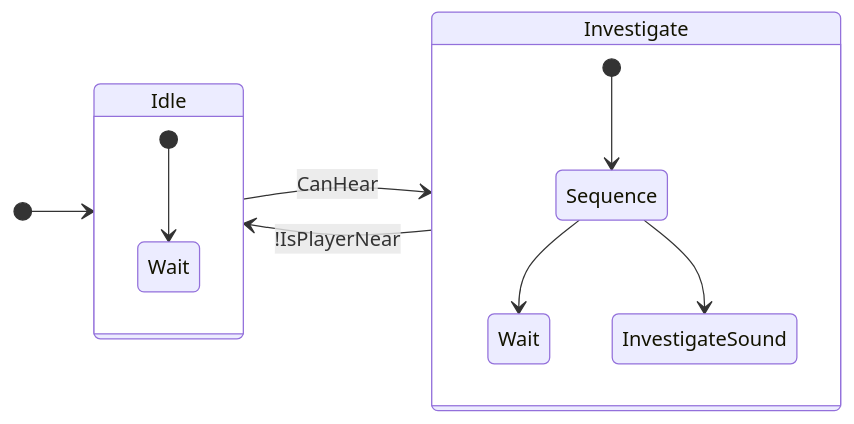
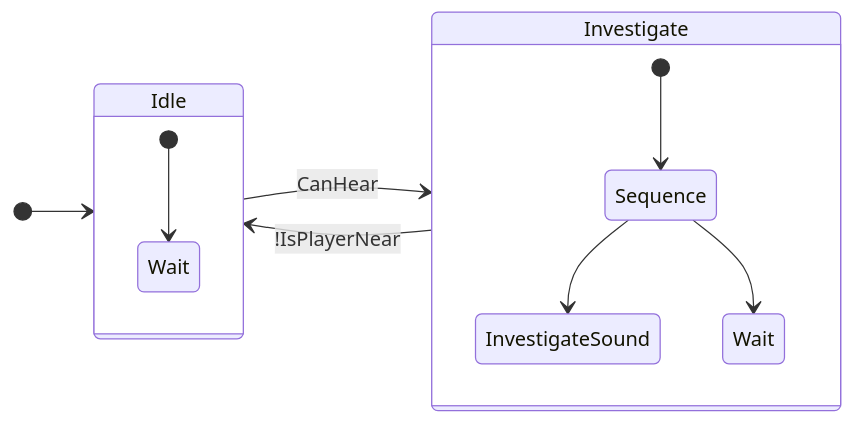
The third of 4 diagrams in Docs/StateMachines.md (Bedrockbreaker/TankGame), drawn with Mermaid before and after one commit.

Commit message:
Swap order of nodes in Investigate state

````diff
--- a/Docs/StateMachines.md
+++ b/Docs/StateMachines.md
@@ -49,19 +49,20 @@
 ```mermaid
 stateDiagram-v2
 	direction LR
 	
 	[*] --> Idle
 	Idle --> Investigate: CanHear
 	Investigate --> Idle: !IsPlayerNear
+	InvestigateSound
 	Wait2: Wait
 
 	state Idle {
 		[*] --> Wait
 	}
 
 	state Investigate {
 		[*] --> Sequence
 		Sequence --> InvestigateSound
 		Sequence --> Wait2
 	}
 ```
````
